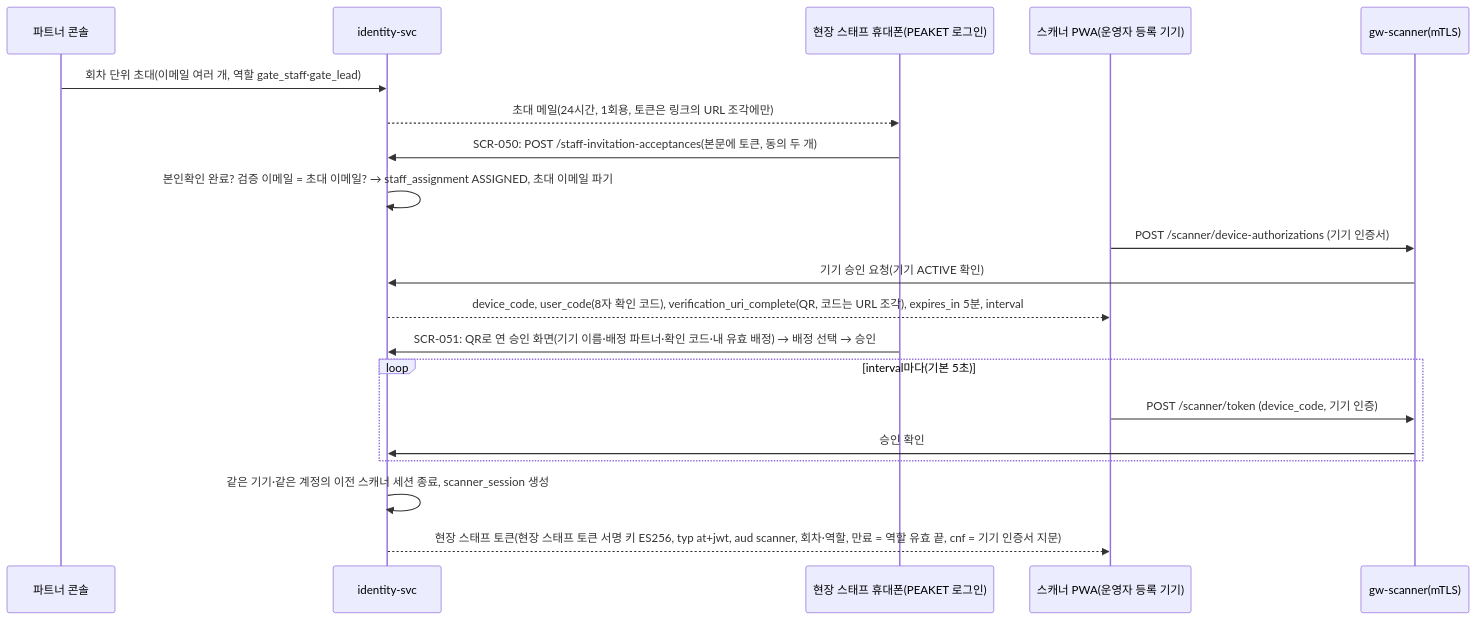
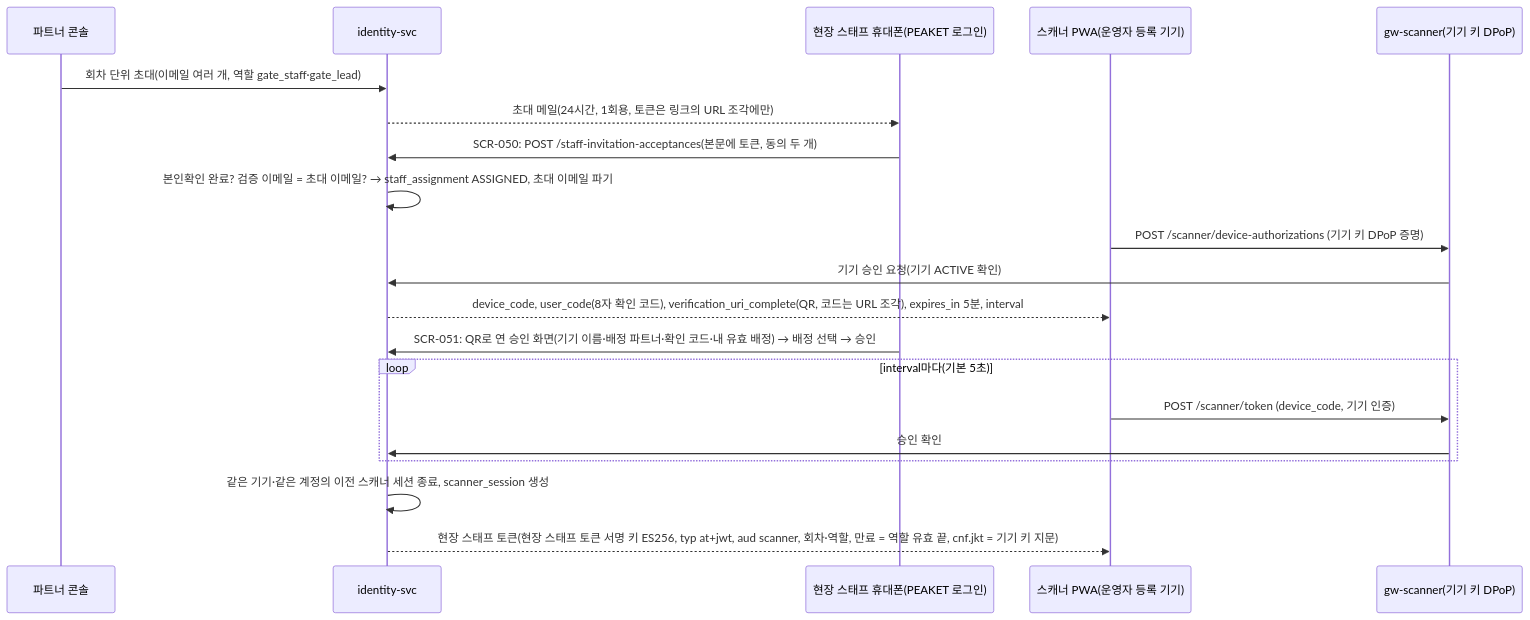
Before and after one commit to peaket/peaket: the fourth of 4 diagrams in docs/features/identity.md, drawn with Mermaid. The commit also changed other lines of this file and 228 other files, not shown here.

````diff
--- a/docs/features/identity.md
+++ b/docs/features/identity.md
@@ -200,22 +221,22 @@
 ```mermaid
 sequenceDiagram
     participant PT as 파트너 콘솔
     participant I as identity-svc
     participant M as 현장 스태프 휴대폰(PEAKET 로그인)
     participant S as 스캐너 PWA(운영자 등록 기기)
-    participant GS as gw-scanner(mTLS)
+    participant GS as gw-scanner(기기 키 DPoP)
     PT->>I: 회차 단위 초대(이메일 여러 개, 역할 gate_staff·gate_lead)
     I-->>M: 초대 메일(24시간, 1회용, 토큰은 링크의 URL 조각에만)
     M->>I: SCR-050: POST /staff-invitation-acceptances(본문에 토큰, 동의 두 개)
     I->>I: 본인확인 완료? 검증 이메일 = 초대 이메일? → staff_assignment ASSIGNED, 초대 이메일 파기
-    S->>GS: POST /scanner/device-authorizations (기기 인증서)
+    S->>GS: POST /scanner/device-authorizations (기기 키 DPoP 증명)
     GS->>I: 기기 승인 요청(기기 ACTIVE 확인)
     I-->>S: device_code, user_code(8자 확인 코드), verification_uri_complete(QR, 코드는 URL 조각), expires_in 5분, interval
     M->>I: SCR-051: QR로 연 승인 화면(기기 이름·배정 파트너·확인 코드·내 유효 배정) → 배정 선택 → 승인
     loop interval마다(기본 5초)
         S->>GS: POST /scanner/token (device_code, 기기 인증)
         GS->>I: 승인 확인
     end
     I->>I: 같은 기기·같은 계정의 이전 스캐너 세션 종료, scanner_session 생성
-    I-->>S: 현장 스태프 토큰(현장 스태프 토큰 서명 키 ES256, typ at+jwt, aud scanner, 회차·역할, 만료 = 역할 유효 끝, cnf = 기기 인증서 지문)
+    I-->>S: 현장 스태프 토큰(현장 스태프 토큰 서명 키 ES256, typ at+jwt, aud scanner, 회차·역할, 만료 = 역할 유효 끝, cnf.jkt = 기기 키 지문)
 ```
````
